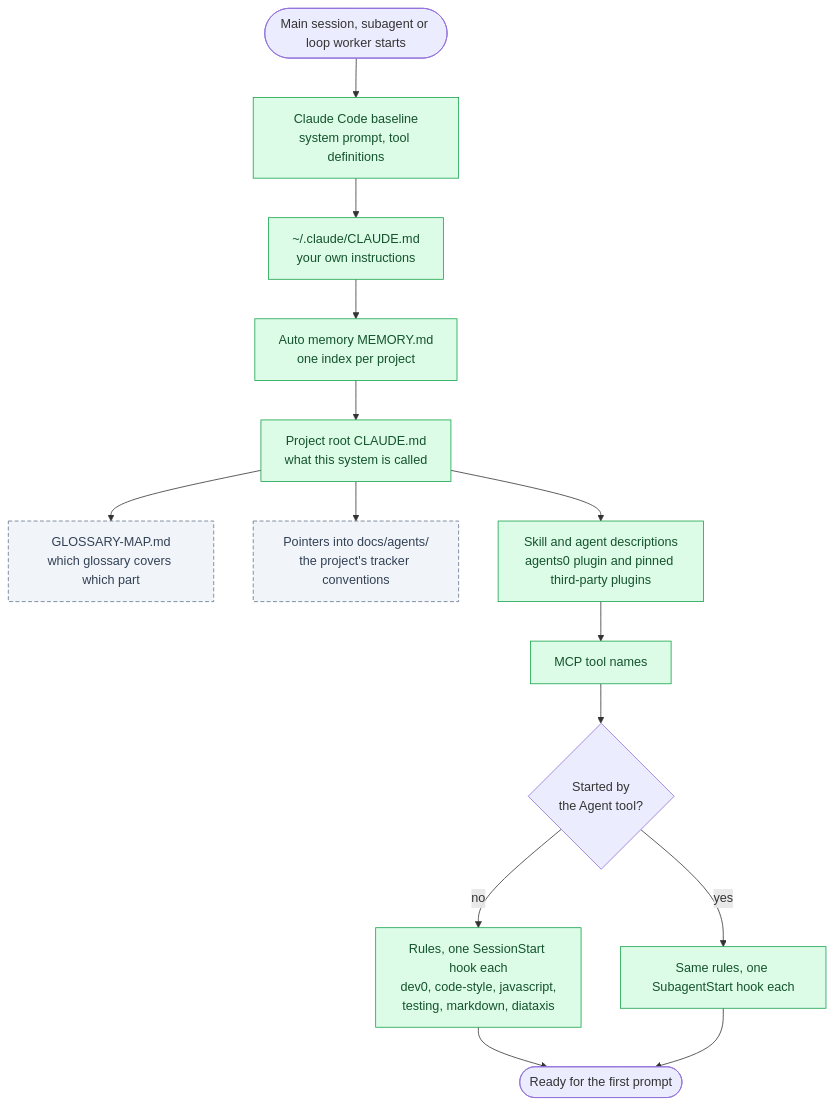
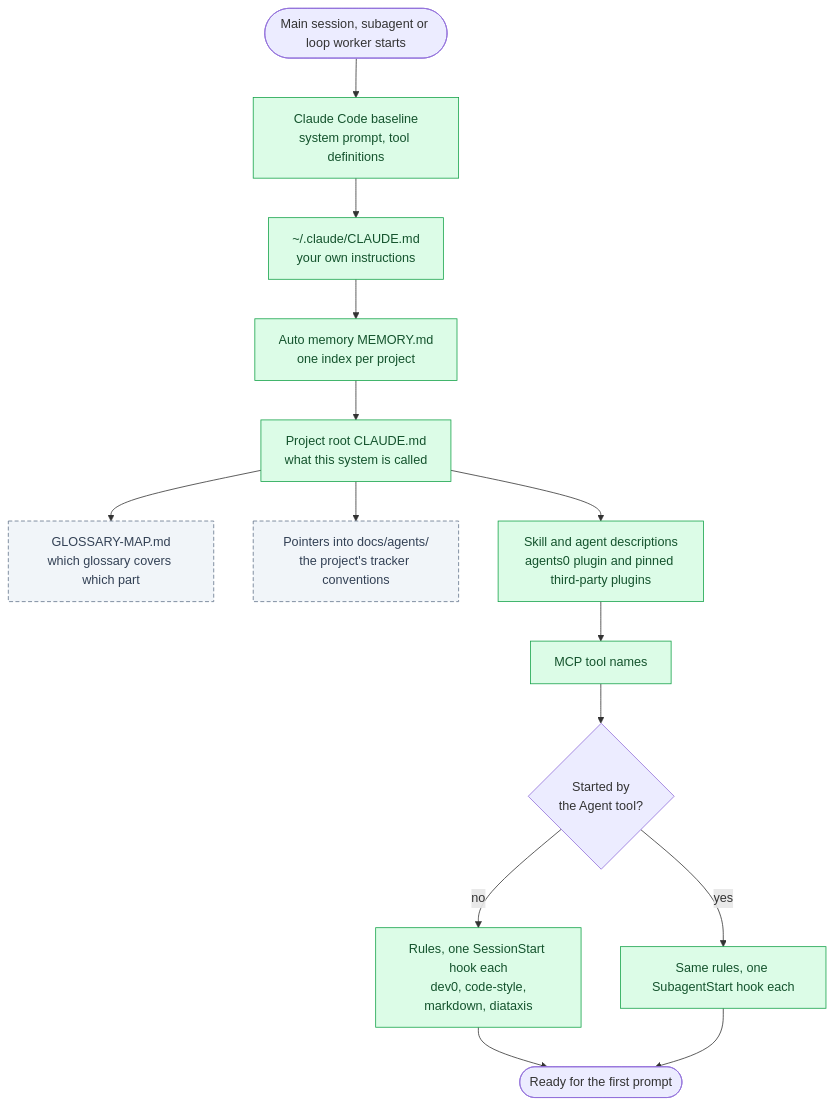
The first of 3 diagrams in README.md (tforster/agents0), drawn with Mermaid before and after one commit. The commit also changed other lines of this file and 7 other files, not shown here.

First line of the commit message:
javascript skill from javascript.md and testing.md (Re: AGEN-11) (#26)

````diff
--- a/README.md
+++ b/README.md
@@ -52,19 +52,19 @@
 ```mermaid
 flowchart TD
   start(["Main session, subagent or loop worker starts"]) --> harness["Claude Code baseline<br/>system prompt, tool definitions"]:::exists
   harness --> globalMd["~/.claude/CLAUDE.md<br/>your own instructions"]:::exists
   globalMd --> memory["Auto memory MEMORY.md<br/>one index per project"]:::exists
   memory --> rootMd["Project root CLAUDE.md<br/>what this system is called"]:::exists
   rootMd --> glossaryMap["GLOSSARY-MAP.md<br/>which glossary covers which part"]:::planned
   rootMd --> agentDocs["Pointers into docs/agents/<br/>the project's tracker conventions"]:::planned
   rootMd --> pointers["Skill and agent descriptions<br/>agents0 plugin and pinned third-party plugins"]:::exists
   pointers --> mcp["MCP tool names"]:::exists
   mcp --> subagent{"Started by<br/>the Agent tool?"}
-  subagent -- no --> sessionRules["Rules, one SessionStart hook each<br/>dev0, code-style, javascript,<br/>testing, markdown, diataxis"]:::exists
+  subagent -- no --> sessionRules["Rules, one SessionStart hook each<br/>dev0, code-style,<br/>markdown, diataxis"]:::exists
   subagent -- yes --> subagentRules["Same rules, one SubagentStart hook each"]:::exists
   sessionRules --> ready(["Ready for the first prompt"])
   subagentRules --> ready
 
   classDef exists fill:#dcfce7,stroke:#16a34a,color:#14532d
   classDef planned fill:#f1f5f9,stroke:#64748b,color:#334155,stroke-dasharray:5 3
 ```
````
